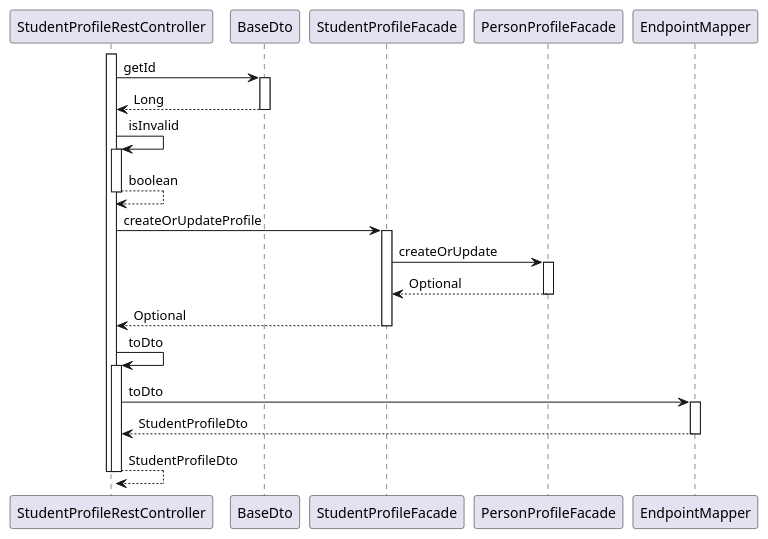
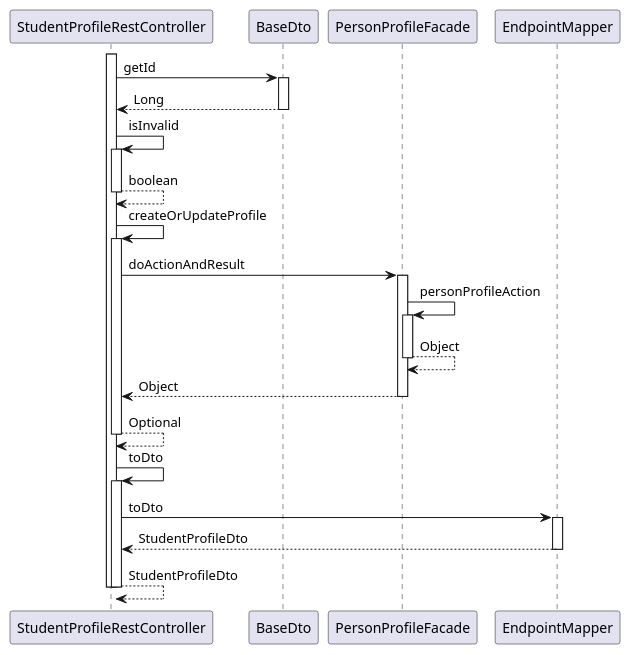
One commit to OlegSopilnyak/school-demo changed the diagram in ingress/documentation/puml/sequence-diagrams/Profile.StudentProfile.update.puml. Above: the diagram before and after it, drawn with PlantUML. The commit also changed 102 other files, not shown here.

```diff
--- a/ingress/documentation/puml/sequence-diagrams/Profile.StudentProfile.update.puml
+++ b/ingress/documentation/puml/sequence-diagrams/Profile.StudentProfile.update.puml
@@ -3,36 +3,39 @@
 @startuml
 
 participant StudentProfileRestController
 participant BaseDto
-participant StudentProfileFacade
 participant PersonProfileFacade
 participant EndpointMapper
 
 activate StudentProfileRestController
 	StudentProfileRestController -> BaseDto : getId
 	activate BaseDto
 		BaseDto --> StudentProfileRestController : Long
 	deactivate BaseDto
 	StudentProfileRestController -> StudentProfileRestController : isInvalid
 	activate StudentProfileRestController
 		StudentProfileRestController --> StudentProfileRestController : boolean
 	deactivate StudentProfileRestController
-	StudentProfileRestController -> StudentProfileFacade : createOrUpdateProfile
-	activate StudentProfileFacade
-		StudentProfileFacade -> PersonProfileFacade : createOrUpdate
+	StudentProfileRestController -> StudentProfileRestController : createOrUpdateProfile
+	activate StudentProfileRestController
+		StudentProfileRestController -> PersonProfileFacade : doActionAndResult
 		activate PersonProfileFacade
-			PersonProfileFacade --> StudentProfileFacade : Optional
+			PersonProfileFacade -> PersonProfileFacade : personProfileAction
+			activate PersonProfileFacade
+				PersonProfileFacade --> PersonProfileFacade : Object
+			deactivate PersonProfileFacade
+			PersonProfileFacade --> StudentProfileRestController : Object
 		deactivate PersonProfileFacade
-		StudentProfileFacade --> StudentProfileRestController : Optional
-	deactivate StudentProfileFacade
+		StudentProfileRestController --> StudentProfileRestController : Optional
+	deactivate StudentProfileRestController
 	StudentProfileRestController -> StudentProfileRestController : toDto
 	activate StudentProfileRestController
 		StudentProfileRestController -> EndpointMapper : toDto
 		activate EndpointMapper
 			EndpointMapper --> StudentProfileRestController : StudentProfileDto
 		deactivate EndpointMapper
 		StudentProfileRestController --> StudentProfileRestController : StudentProfileDto
 	deactivate StudentProfileRestController
 deactivate StudentProfileRestController
 
 @enduml
```
